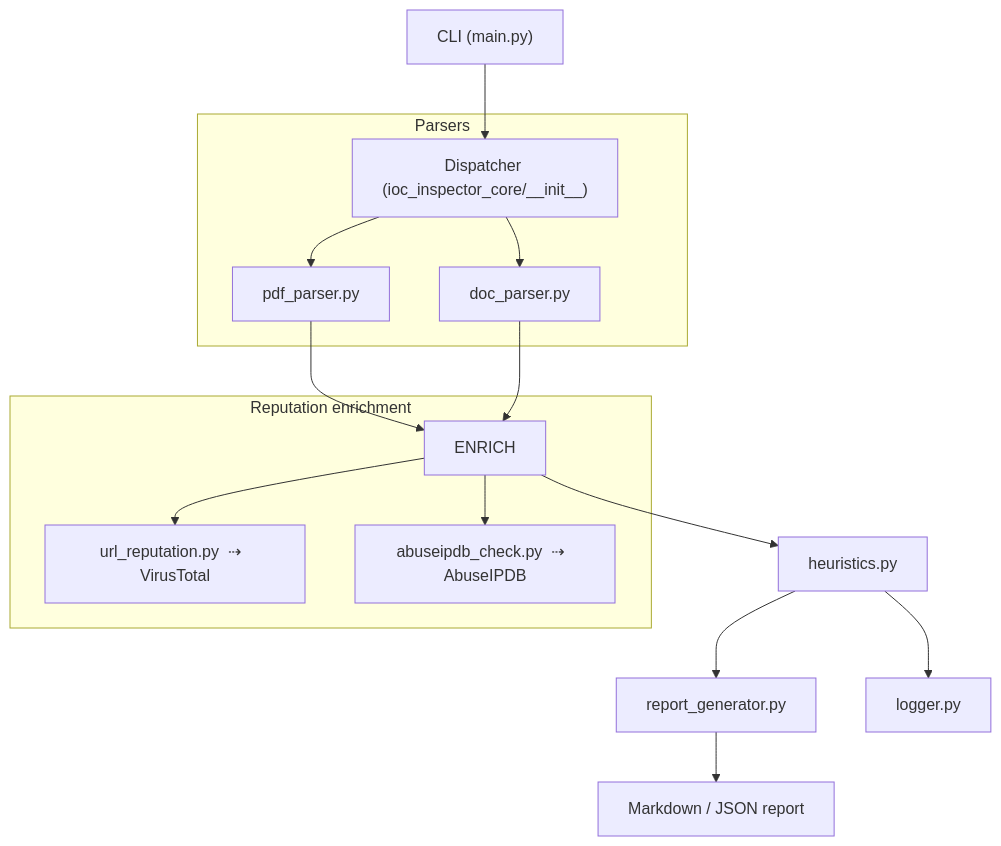
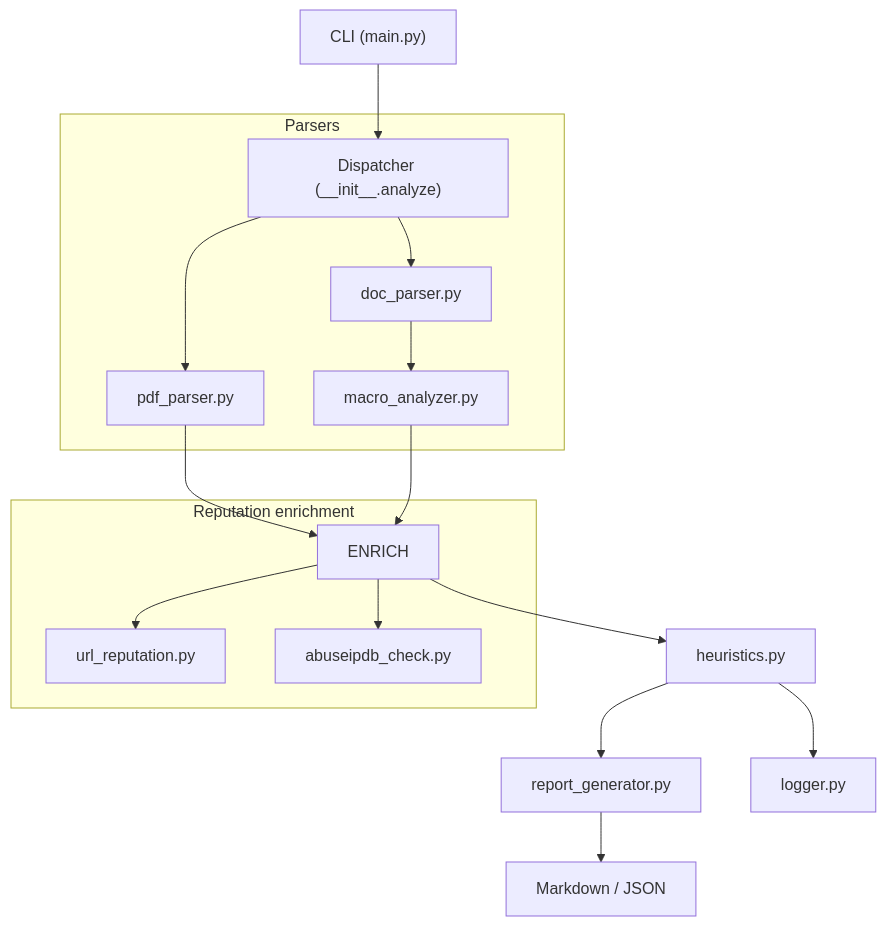
One commit to PKHarsimran/IOC-Inspector changed the diagram in README.md. Above: the diagram before and after it, drawn with Mermaid. The commit also changed other lines of this file, not shown here.

````diff
--- a/README.md
+++ b/README.md
@@ -151,25 +146,22 @@
 ```mermaid
 flowchart TD
-    %% 1 — Top-level CLI
-    CLI["CLI (main.py)"] --> DISPATCH["Dispatcher (ioc_inspector_core/__init__)"]
+    CLI["CLI (main.py)"] --> DISPATCH["Dispatcher (__init__.analyze)"]
 
-    %% 2 — Parsers
     subgraph "Parsers"
         DISPATCH --> PDF["pdf_parser.py"]
         DISPATCH --> OFFICE["doc_parser.py"]
+        OFFICE --> MACRO["macro_analyzer.py"]
     end
 
-    %% 3 — Reputation enrichment
     PDF --> ENRICH
-    OFFICE --> ENRICH
+    MACRO --> ENRICH
     subgraph "Reputation enrichment"
-        ENRICH --> VT["url_reputation.py  ⇢  VirusTotal"]
-        ENRICH --> ABIP["abuseipdb_check.py  ⇢  AbuseIPDB"]
+        ENRICH --> VT["url_reputation.py"]
+        ENRICH --> ABIP["abuseipdb_check.py"]
     end
 
-    %% 4 — Scoring & output
     ENRICH --> SCORE["heuristics.py"]
     SCORE --> REPORT["report_generator.py"]
     SCORE --> LOG["logger.py"]
-    REPORT --> OUTPUT["Markdown / JSON report"]
+    REPORT --> OUTPUT["Markdown / JSON"]
 ```
````
